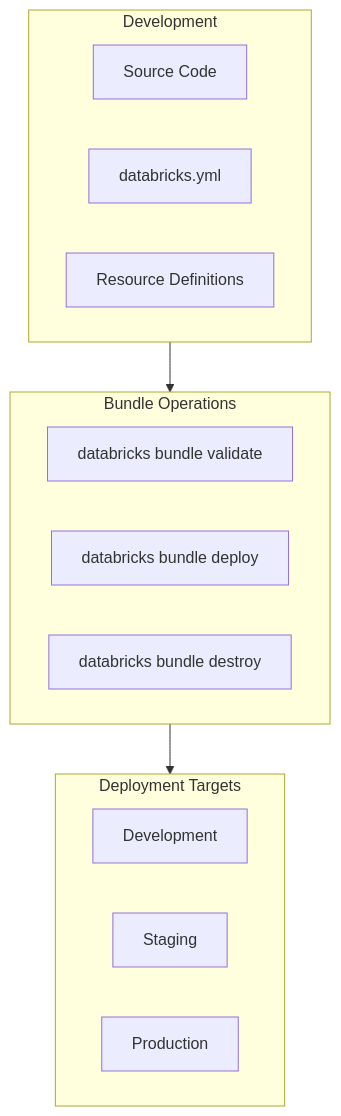
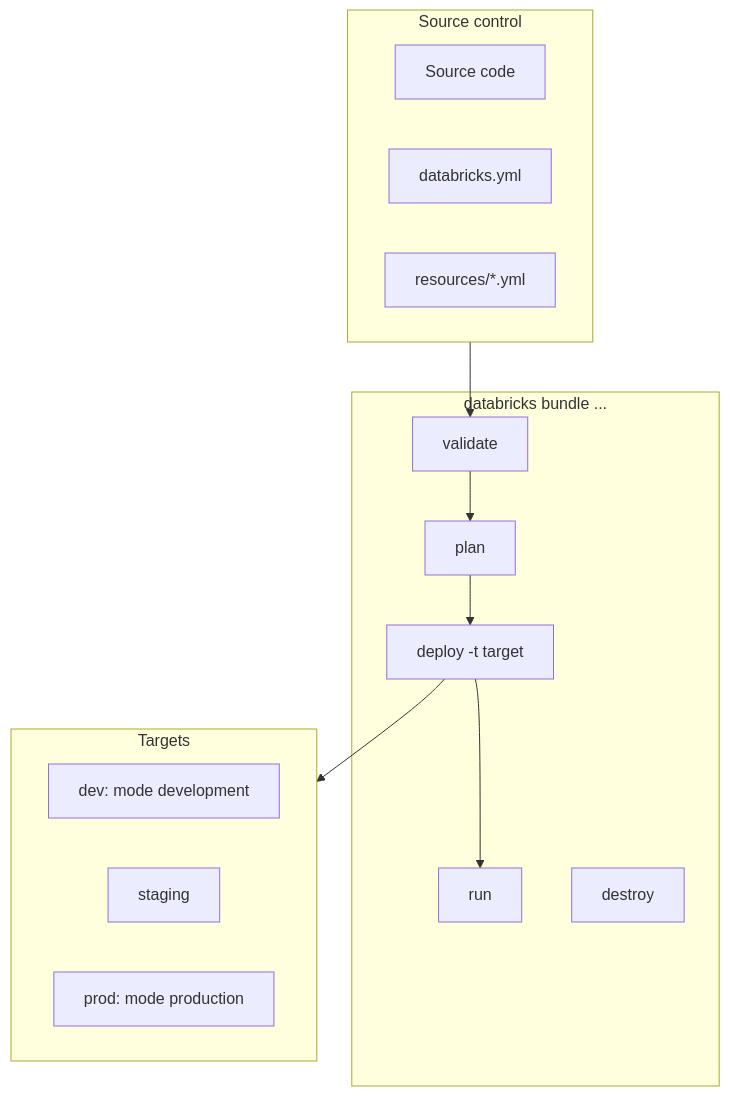
The diagram in certifications/data-engineer-professional/08-debugging-and-deploying/03-declarative-automation-bundles-part1.md (kengio/databricks-certification-study-guide), drawn with Mermaid before and after one commit. The commit also changed other lines of this file and 108 other files, not shown here.

````diff
--- a/certifications/data-engineer-professional/08-debugging-and-deploying/03-declarative-automation-bundles-part1.md
+++ b/certifications/data-engineer-professional/08-debugging-and-deploying/03-declarative-automation-bundles-part1.md
@@ -18,23 +39,28 @@
 ```mermaid
 flowchart TB
-    subgraph Development["Development"]
-        Code[Source Code]
+    subgraph Development["Source control"]
+        Code[Source code]
         Config[databricks.yml]
-        Resources[Resource Definitions]
+        Resources[resources/*.yml]
     end
 
-    subgraph Bundle["Bundle Operations"]
-        Validate[databricks bundle validate]
-        Deploy[databricks bundle deploy]
-        Destroy[databricks bundle destroy]
+    subgraph Bundle["databricks bundle ..."]
+        Validate[validate]
+        Plan[plan]
+        Deploy[deploy -t target]
+        Run[run]
+        Destroy[destroy]
     end
 
-    subgraph Targets["Deployment Targets"]
-        Dev[Development]
-        Staging[Staging]
-        Prod[Production]
+    subgraph Targets["Targets"]
+        Dev[dev: mode development]
+        Staging[staging]
+        Prod[prod: mode production]
     end
 
-    Development --> Bundle
-    Bundle --> Targets
+    Development --> Validate
+    Validate --> Plan
+    Plan --> Deploy
+    Deploy --> Targets
+    Deploy --> Run
 ```
````
